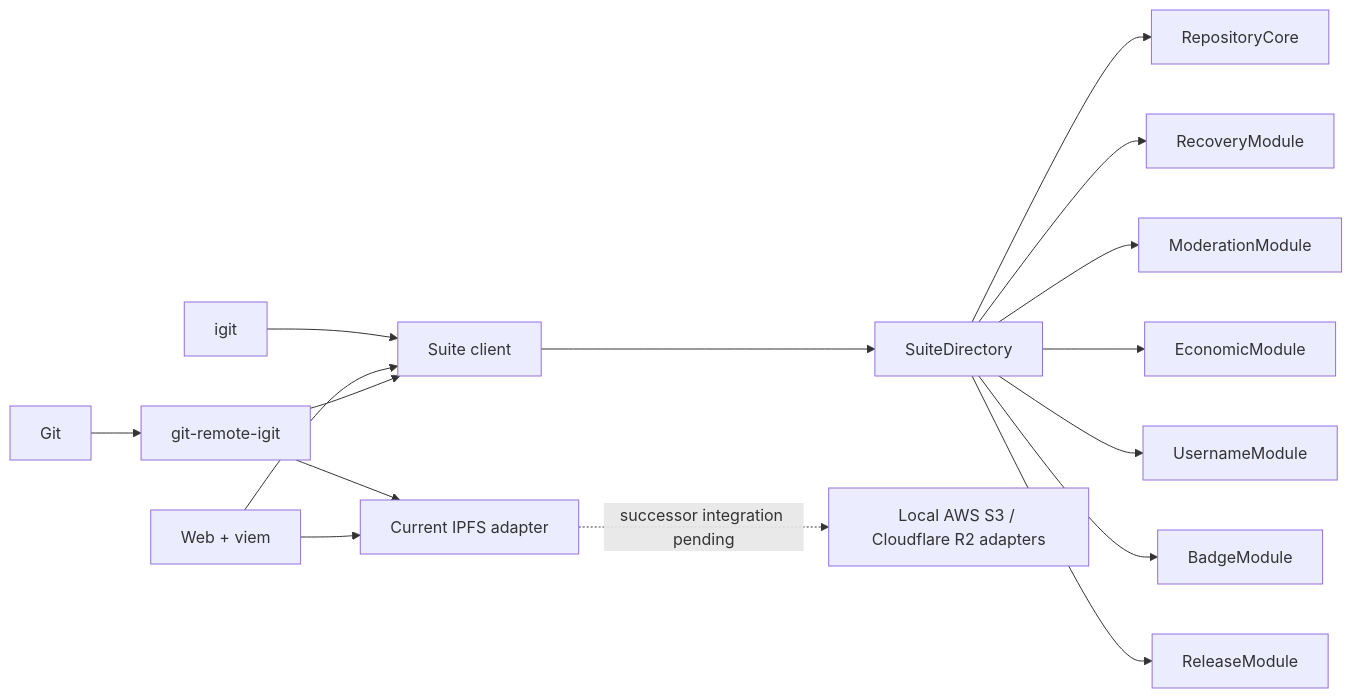
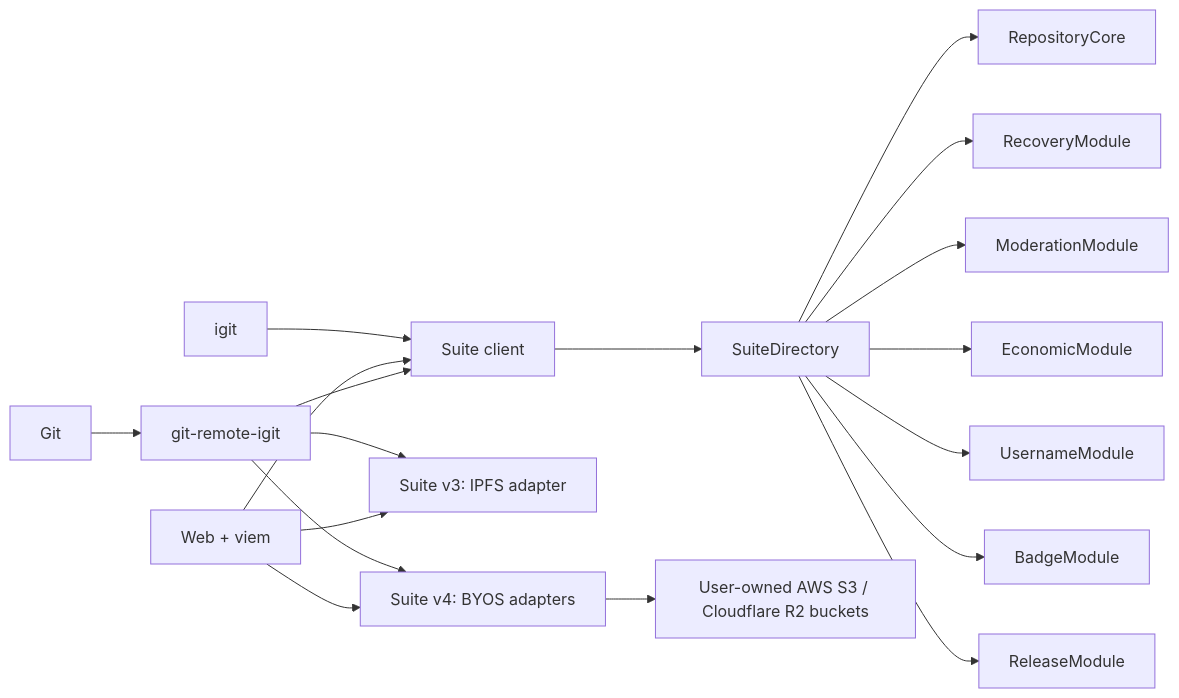
The first of 2 diagrams in docs/architecture.md (Hny0305Lin/next-injective-git), drawn with Mermaid before and after one commit. The commit also changed other lines of this file and 28 other files, not shown here.

First line of the commit message:
feat(migration): complete core Web Moderation UI and V2 storage indexers

````diff
--- a/docs/architecture.md
+++ b/docs/architecture.md
@@ -26,18 +33,20 @@
 ```mermaid
 flowchart LR
   Git[Git] --> Helper[git-remote-igit]
   CLI[igit] --> Client[Suite client]
   Web[Web + viem] --> Client
   Helper --> Client
   Client --> Directory[SuiteDirectory]
   Directory --> Core[RepositoryCore]
   Directory --> Recovery[RecoveryModule]
   Directory --> Moderation[ModerationModule]
   Directory --> Economic[EconomicModule]
   Directory --> Username[UsernameModule]
   Directory --> Badge[BadgeModule]
   Directory --> Release[ReleaseModule]
-  Helper --> Storage[Current IPFS adapter]
-  Web --> Storage
-  Storage -. successor integration pending .-> ObjectStorage[Local AWS S3 / Cloudflare R2 adapters]
+  Helper --> StorageV3[Suite v3: IPFS adapter]
+  Web --> StorageV3
+  Helper --> StorageV4[Suite v4: BYOS adapters]
+  Web --> StorageV4
+  StorageV4 --> ObjectStorage[User-owned AWS S3 / Cloudflare R2 buckets]
 ```
````
